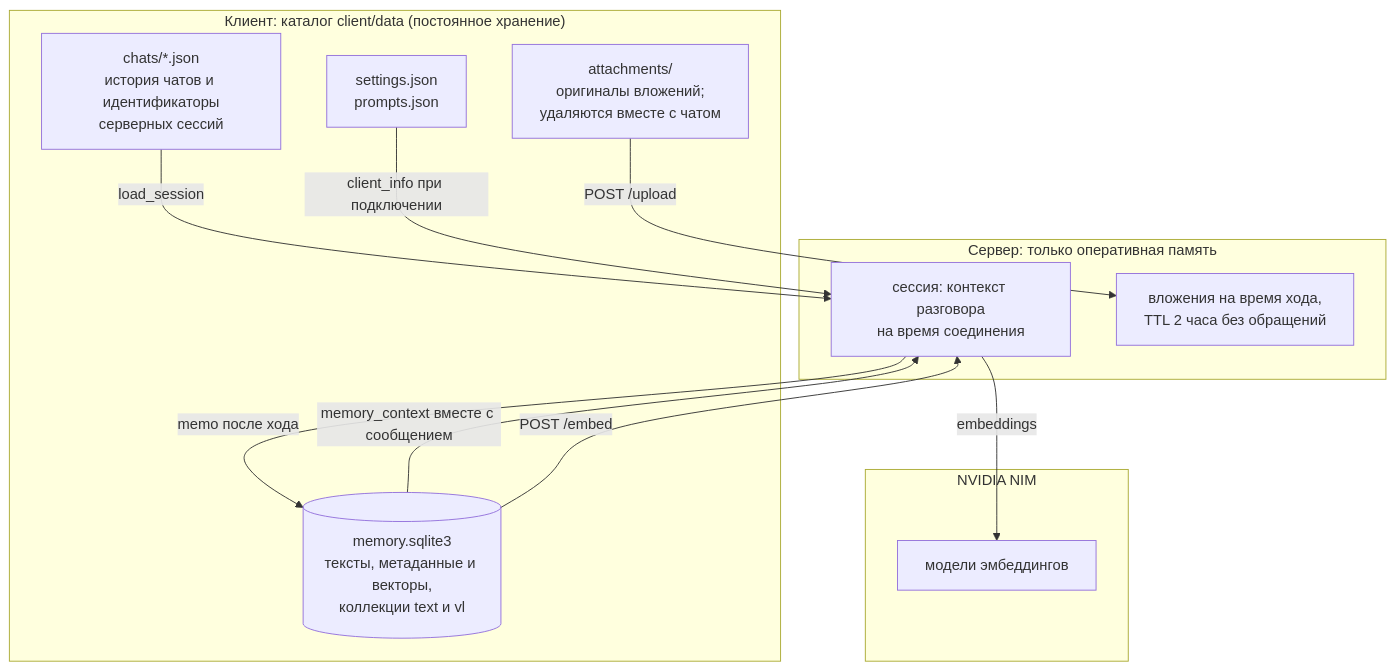
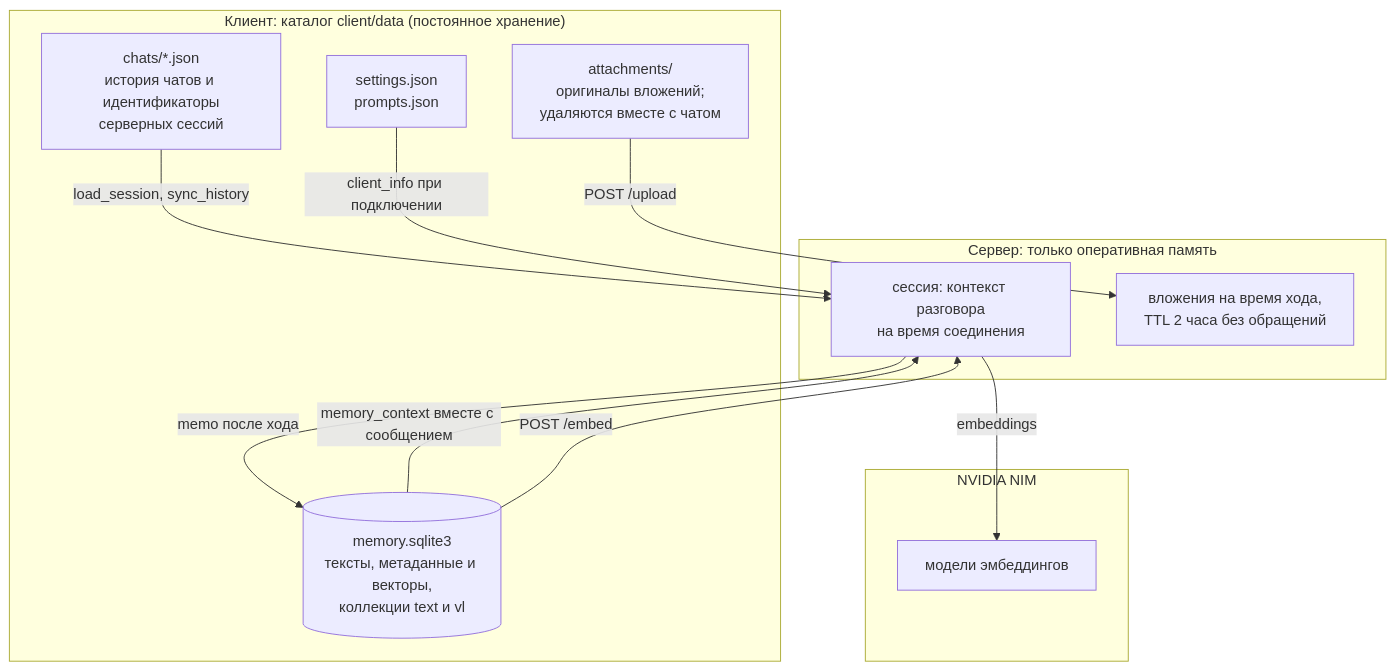
The sixth of 6 diagrams in README.md (ALeksandr13254/NemoAgent), drawn with Mermaid before and after one commit. The commit also changed other lines of this file and 6 other files, not shown here.

````diff
--- a/README.md
+++ b/README.md
@@ -395,23 +395,23 @@
 ```mermaid
 flowchart TB
     subgraph CL["Клиент: каталог client/data (постоянное хранение)"]
         CH["chats/*.json<br/>история чатов и идентификаторы<br/>серверных сессий"]
         AT["attachments/<br/>оригиналы вложений;<br/>удаляются вместе с чатом"]
         MM[("memory.sqlite3<br/>тексты, метаданные и векторы,<br/>коллекции text и vl")]
         ST["settings.json<br/>prompts.json"]
     end
     subgraph SV["Сервер: только оперативная память"]
         SS["сессия: контекст разговора<br/>на время соединения"]
         UP["вложения на время хода,<br/>TTL 2 часа без обращений"]
     end
     subgraph NIM["NVIDIA NIM"]
         EM["модели эмбеддингов"]
     end
-    CH -- "load_session" --> SS
+    CH -- "load_session, sync_history" --> SS
     AT -- "POST /upload" --> UP
     MM -- "memory_context вместе с сообщением" --> SS
     SS -- "memo после хода" --> MM
     MM -- "POST /embed" --> SS
     SS -- "embeddings" --> EM
     ST -- "client_info при подключении" --> SS
 ```
````
